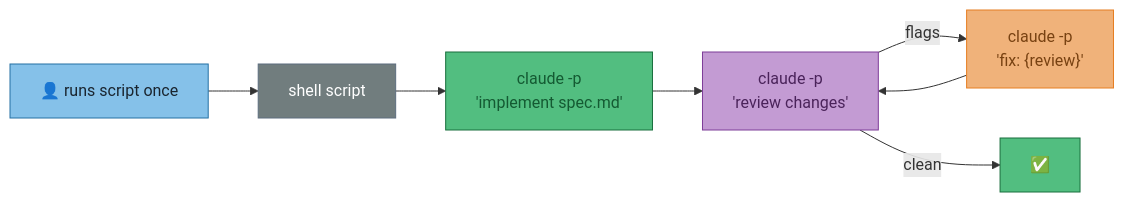
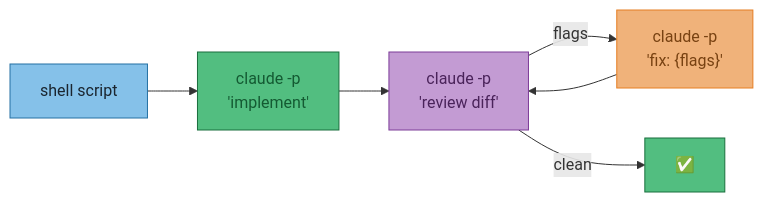
Before and after one commit to joeledwardson/dev-setup: the eighth of 8 diagrams in docs/appendix/adr/001-claude-code-orchestration.md, drawn with Mermaid. The commit also changed other lines of this file, not shown here.

````diff
--- a/docs/appendix/adr/001-claude-code-orchestration.md
+++ b/docs/appendix/adr/001-claude-code-orchestration.md
@@ -146,19 +255,14 @@
 ```mermaid
 flowchart LR
-    H["👤 runs script once"]
-    S["shell script"]
-    C1["claude -p\n'implement spec.md'"]
-    C2["claude -p\n'review changes'"]
-    C3["claude -p\n'fix: {review}'"]
+    SC["shell script"] --> C1["claude -p\n'implement'"]
+    C1 --> C2["claude -p\n'review diff'"]
+    C2 -->|flags| C3["claude -p\n'fix: {flags}'"]
+    C3 --> C2
+    C2 -->|clean| D["✅"]
 
-    H --> S --> C1 --> C2
-    C2 -->|flags| C3 --> C2
-    C2 -->|clean| DONE["✅"]
-
-    style H fill:#85c1e9,color:#1a252f,stroke:#2471a3
-    style S fill:#717d7e,color:#fff,stroke:#5d6d7e
+    style SC fill:#85c1e9,color:#1a252f,stroke:#2471a3
     style C1 fill:#52be80,color:#145a32,stroke:#196f3d
     style C2 fill:#c39bd3,color:#4a235a,stroke:#7d3c98
     style C3 fill:#f0b27a,color:#784212,stroke:#e67e22
-    style DONE fill:#52be80,color:#145a32,stroke:#196f3d
+    style D fill:#52be80,color:#145a32,stroke:#196f3d
 ```
````
